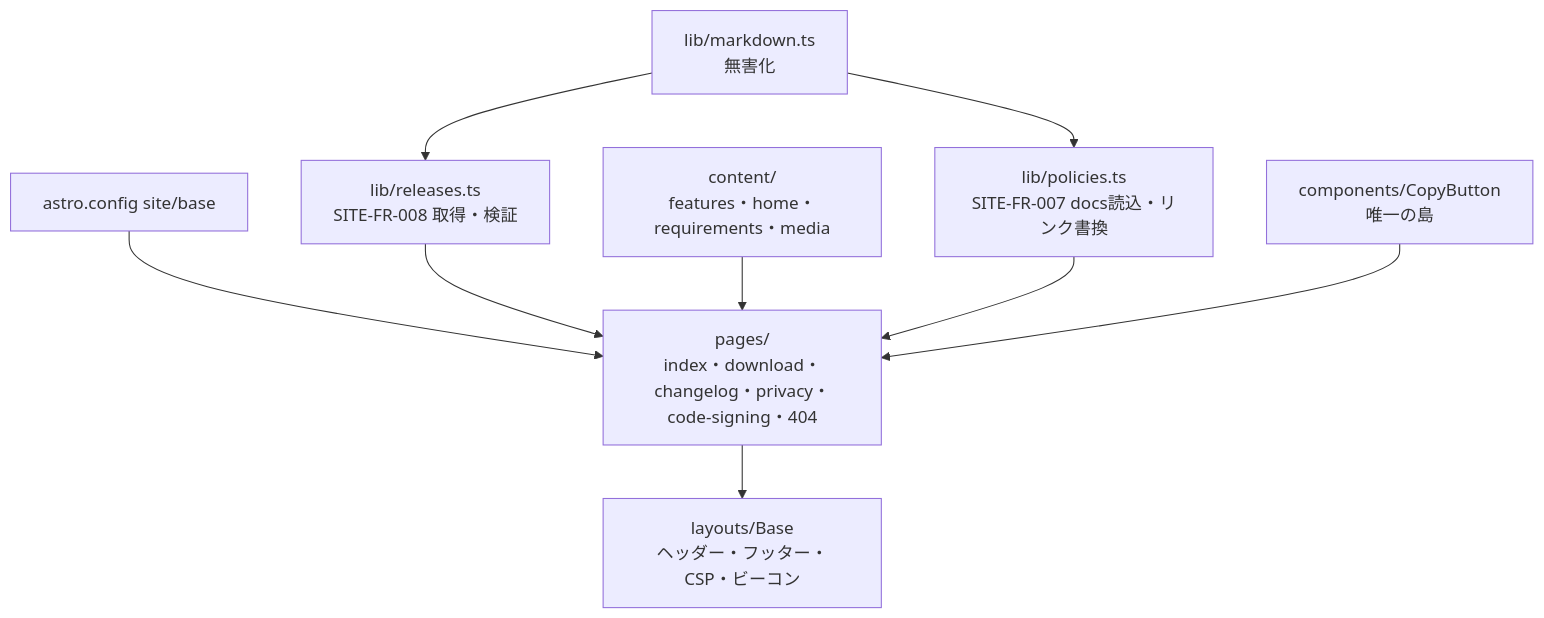
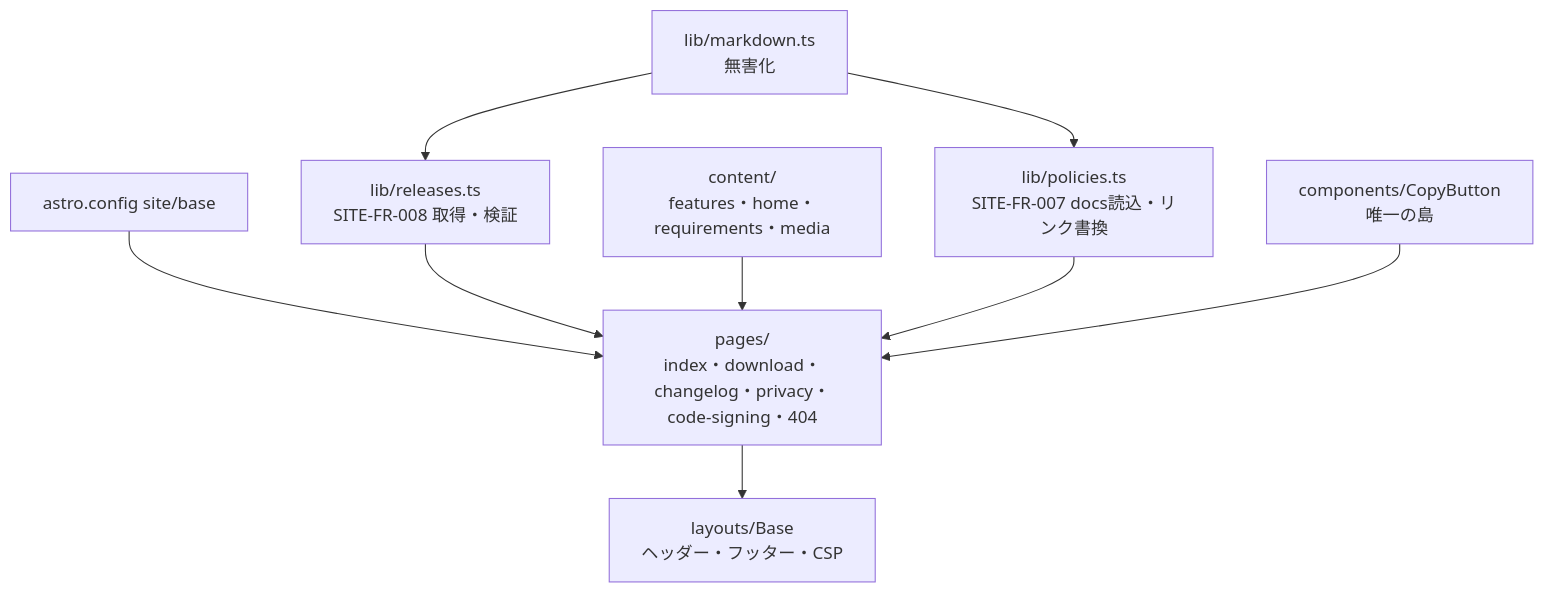
Before and after one commit to itiwoja/DC-Designer: the third of 3 diagrams in docs/design/07_architecture.md, drawn with Mermaid. The commit also changed other lines of this file and 14 other files, not shown here.

````diff
--- a/docs/design/07_architecture.md
+++ b/docs/design/07_architecture.md
@@ -58,11 +57,11 @@
 ```mermaid
 flowchart TB
   CFG[astro.config site/base] --> PAGES
   LR[lib/releases.ts<br>SITE-FR-008 取得・検証] --> PAGES[pages/<br>index・download・changelog・privacy・code-signing・404]
   CC[content/<br>features・home・requirements・media] --> PAGES
   POL[lib/policies.ts<br>SITE-FR-007 docs読込・リンク書換] --> PAGES
   MD[lib/markdown.ts<br>無害化] --> LR
   MD --> POL
-  PAGES --> LAY[layouts/Base<br>ヘッダー・フッター・CSP・ビーコン]
+  PAGES --> LAY[layouts/Base<br>ヘッダー・フッター・CSP]
   ISL[components/CopyButton<br>唯一の島] --> PAGES
 ```
````
